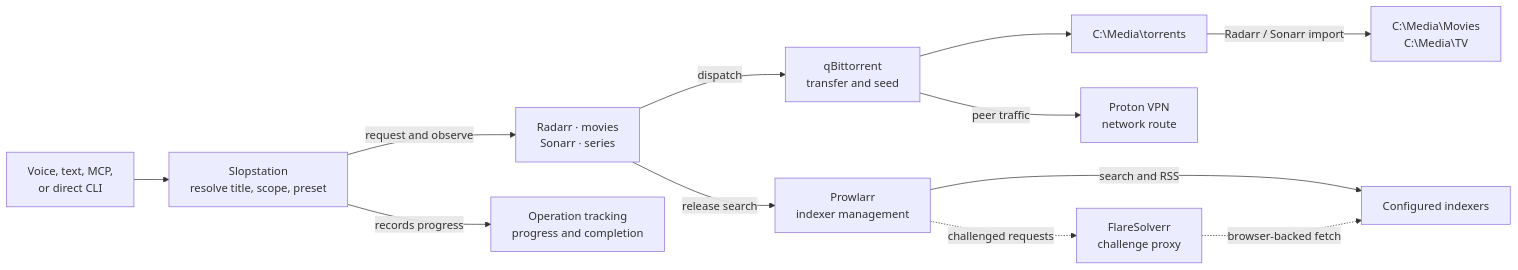
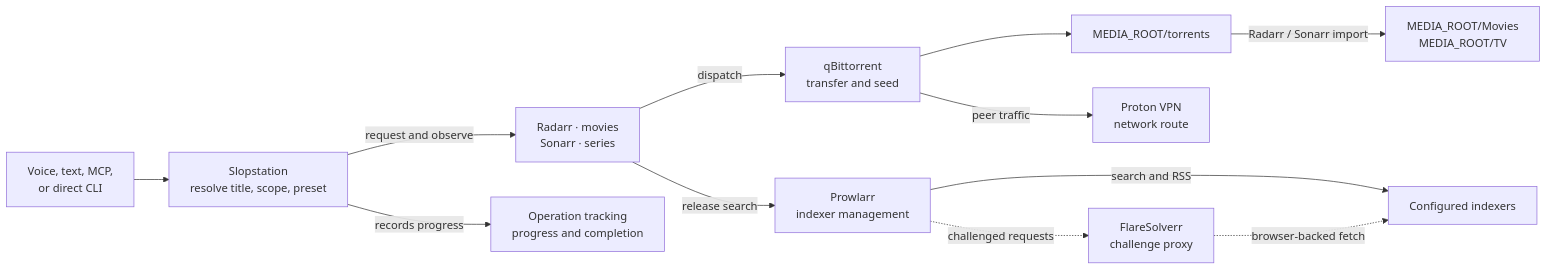
The diagram in k15/media/README.md (trillville/slopstation), drawn with Mermaid before and after one commit. The commit also changed other lines of this file, not shown here.

````diff
--- a/k15/media/README.md
+++ b/k15/media/README.md
@@ -10,15 +10,15 @@
 ```mermaid
 flowchart LR
     request[Voice, text, MCP,<br/>or direct CLI] --> slop[Slopstation<br/>resolve title, scope, preset]
     slop -->|request and observe| managers[Radarr · movies<br/>Sonarr · series]
     managers -->|dispatch| qbit[qBittorrent<br/>transfer and seed]
-    qbit --> torrents[C:\Media\torrents]
-    torrents -->|Radarr / Sonarr import| libraries[C:\Media\Movies<br/>C:\Media\TV]
+    qbit --> torrents[MEDIA_ROOT/torrents]
+    torrents -->|Radarr / Sonarr import| libraries[MEDIA_ROOT/Movies<br/>MEDIA_ROOT/TV]
 
     slop -->|records progress| ops[Operation tracking<br/>progress and completion]
     managers -->|release search| prowlarr[Prowlarr<br/>indexer management]
     prowlarr -->|search and RSS| indexers[Configured indexers]
     prowlarr -. challenged requests .-> flaresolverr[FlareSolverr<br/>challenge proxy]
     flaresolverr -. browser-backed fetch .-> indexers
     qbit -->|peer traffic| proton[Proton VPN<br/>network route]
 ```
````
